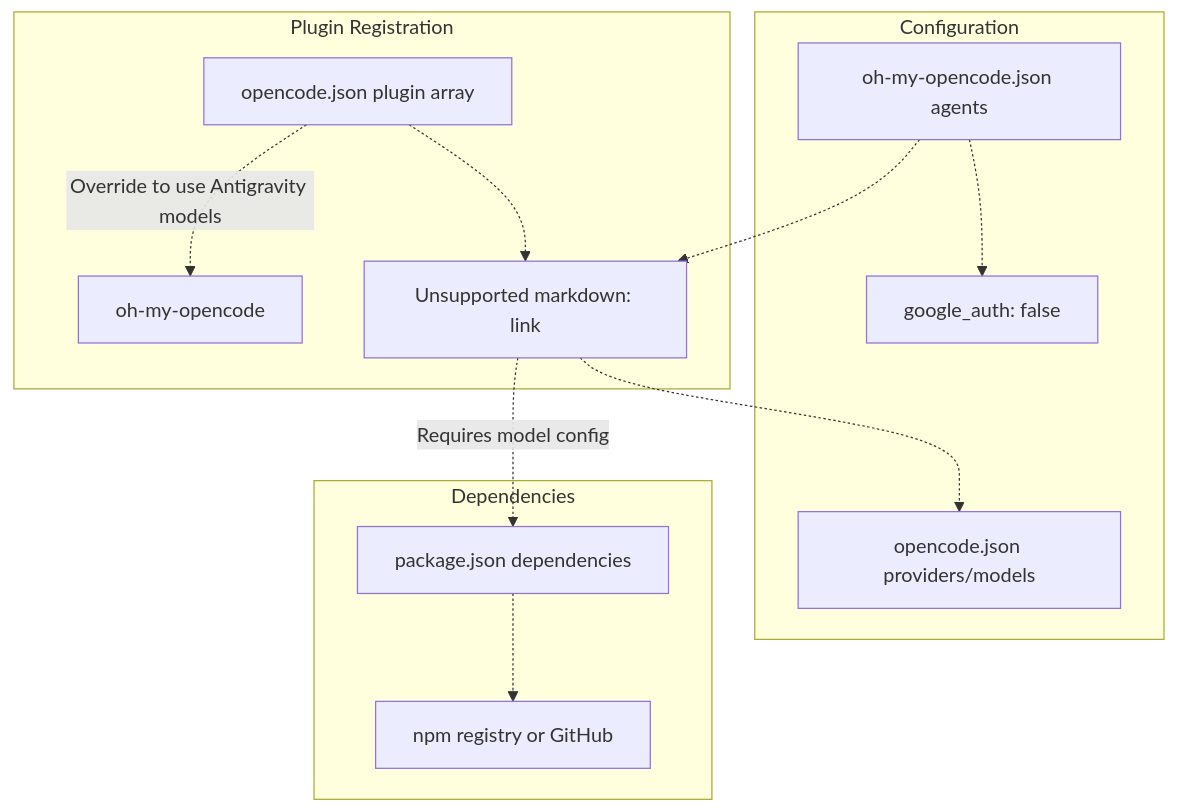
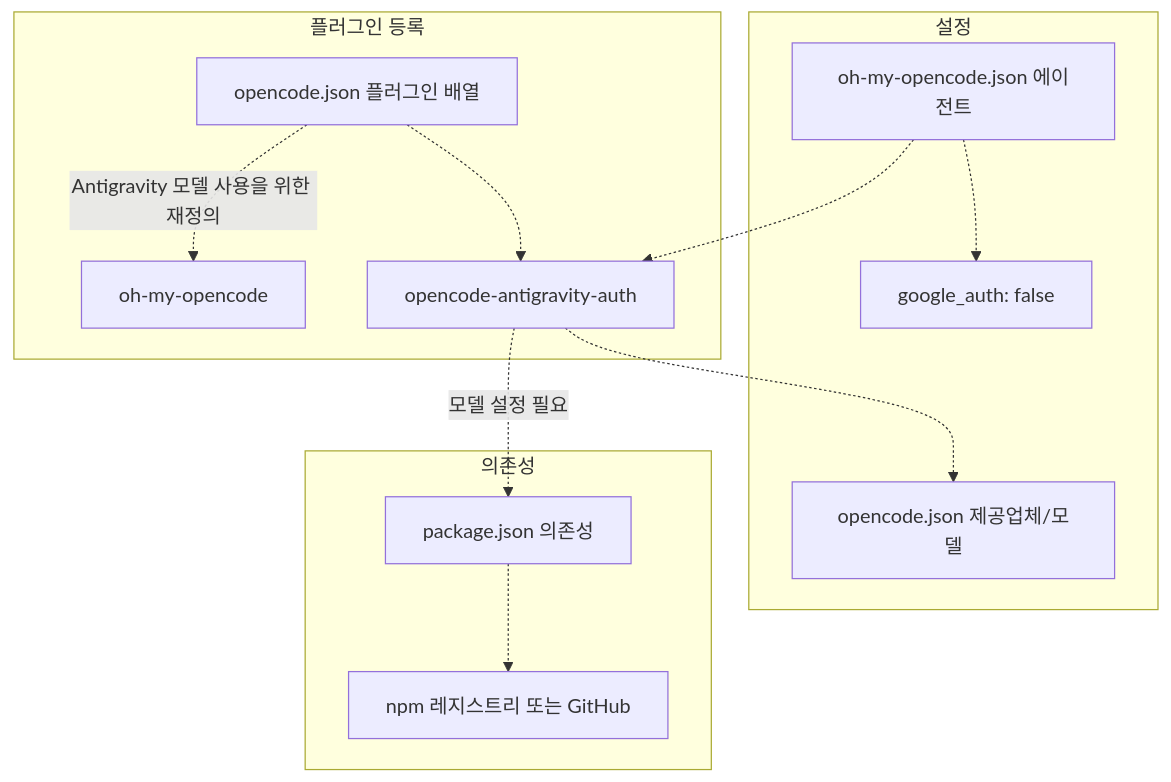
One commit to felipetruman/oh-my-opencode-docs changed the third of 5 diagrams in docs/getting-started/authentication-setup.md. Above: the diagram before and after it, drawn with Mermaid. The commit also changed other lines of this file and 76 other files, not shown here.

````diff
--- a/docs/getting-started/authentication-setup.md
+++ b/docs/getting-started/authentication-setup.md
@@ -188,37 +188,37 @@
 ```mermaid
 flowchart TD
 
-PluginArray["opencode.json plugin array"]
+PluginArray["opencode.json 플러그인 배열"]
 OmoPlugin["oh-my-opencode"]
-AntigravityPlugin["Unsupported markdown: link"]
-PackageJSON["package.json dependencies"]
-NPMRegistry["npm registry or GitHub"]
-ProviderConfig["opencode.json providers/models"]
-AgentOverride["oh-my-opencode.json agents"]
+AntigravityPlugin["opencode-antigravity-auth"]
+PackageJSON["package.json 의존성"]
+NPMRegistry["npm 레지스트리 또는 GitHub"]
+ProviderConfig["opencode.json 제공업체/모델"]
+AgentOverride["oh-my-opencode.json 에이전트"]
 GoogleAuthFlag["google_auth: false"]
 
-AntigravityPlugin -.->|"Requires model config"| PackageJSON
+AntigravityPlugin -.->|"모델 설정 필요"| PackageJSON
 AntigravityPlugin -.-> ProviderConfig
 AgentOverride -.-> AntigravityPlugin
 
-subgraph Configuration ["Configuration"]
+subgraph Configuration ["설정"]
     ProviderConfig
     AgentOverride
     GoogleAuthFlag
     AgentOverride -.-> GoogleAuthFlag
 end
 
-subgraph Dependencies ["Dependencies"]
+subgraph Dependencies ["의존성"]
     PackageJSON
     NPMRegistry
     PackageJSON -.-> NPMRegistry
 end
 
-subgraph subGraph0 ["Plugin Registration"]
+subgraph subGraph0 ["플러그인 등록"]
     PluginArray
     OmoPlugin
     AntigravityPlugin
-    PluginArray -.->|"Override to use Antigravity models"| OmoPlugin
+    PluginArray -.->|"Antigravity 모델 사용을 위한 재정의"| OmoPlugin
     PluginArray -.-> AntigravityPlugin
 end
 ```
````
